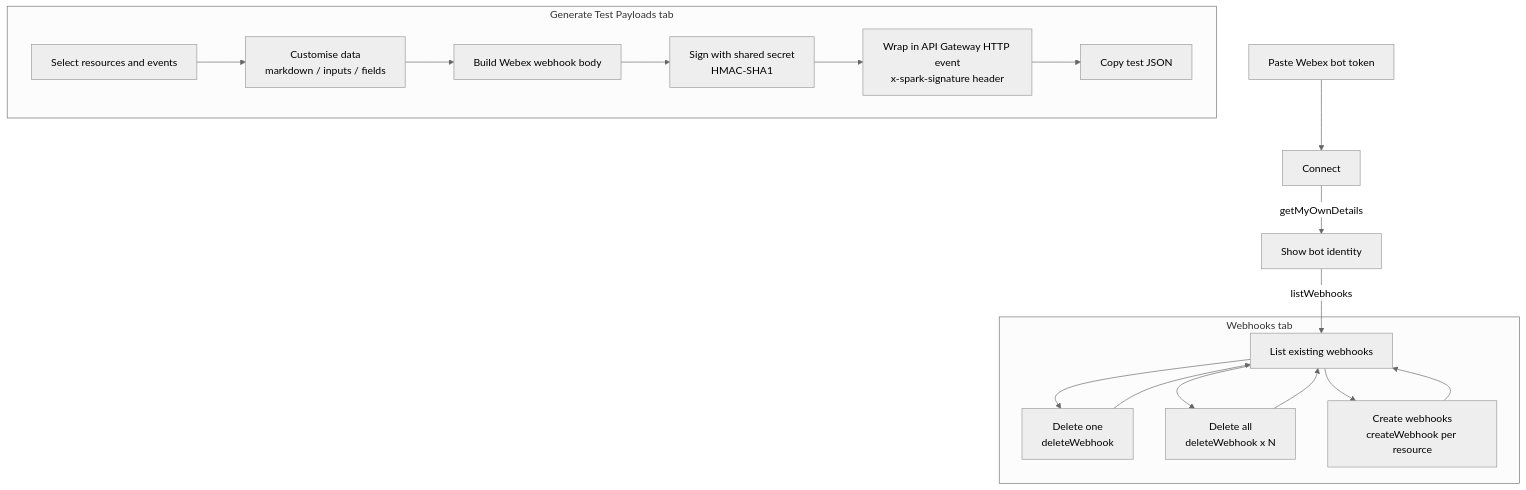
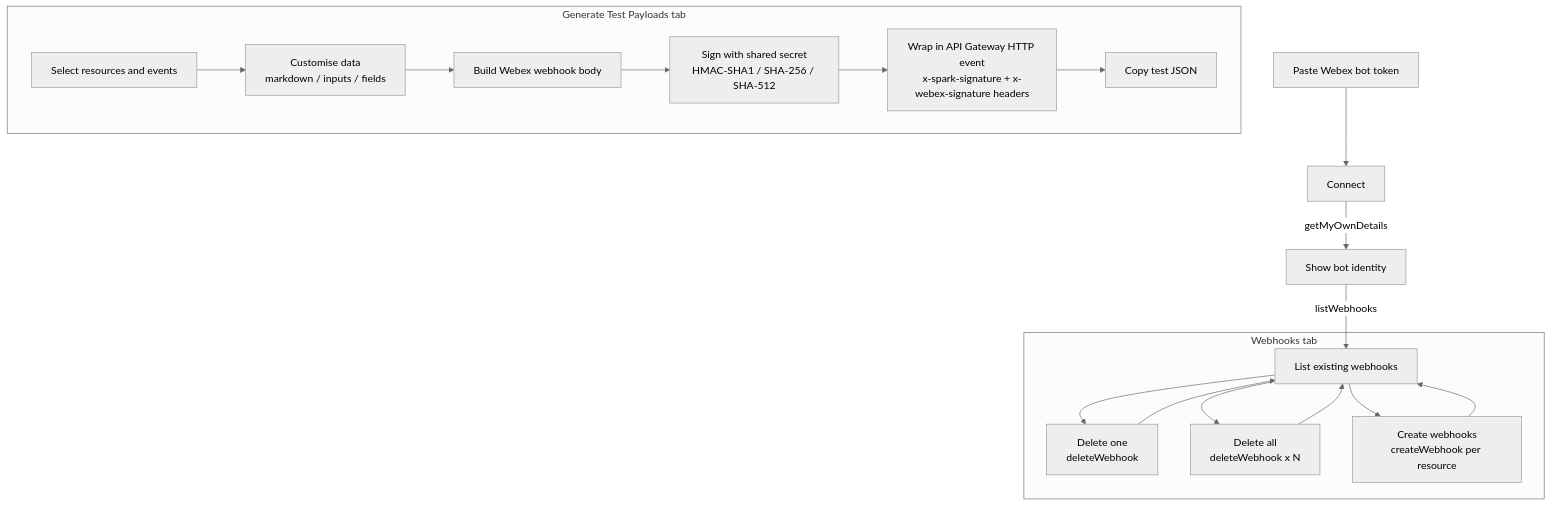
The diagram in README.md (wxsd-sales/webex-webhook-manager), drawn with Mermaid (neutral theme) before and after one commit. The commit also changed other lines of this file and 2 other files, not shown here.

Commit message:
feat: added sha256 and sha512 signatures to test json output

````diff
--- a/README.md
+++ b/README.md
@@ -105,23 +105,23 @@
 ```mermaid
 flowchart TD
     A[Paste Webex bot token] --> B[Connect]
     B -->|getMyOwnDetails| C[Show bot identity]
     C -->|listWebhooks| D[List existing webhooks]
 
     subgraph webhooks [Webhooks tab]
         D --> E[Delete one<br/>deleteWebhook]
         D --> F[Delete all<br/>deleteWebhook x N]
         D --> G[Create webhooks<br/>createWebhook per resource]
         E --> D
         F --> D
         G --> D
     end
 
     subgraph payloads [Generate Test Payloads tab]
         H[Select resources and events] --> I[Customise data<br/>markdown / inputs / fields]
         I --> J[Build Webex webhook body]
-        J --> K[Sign with shared secret<br/>HMAC-SHA1]
-        K --> L[Wrap in API Gateway HTTP event<br/>x-spark-signature header]
+        J --> K[Sign with shared secret<br/>HMAC-SHA1 / SHA-256 / SHA-512]
+        K --> L[Wrap in API Gateway HTTP event<br/>x-spark-signature + x-webex-signature headers]
         L --> M[Copy test JSON]
     end
 ```
````
